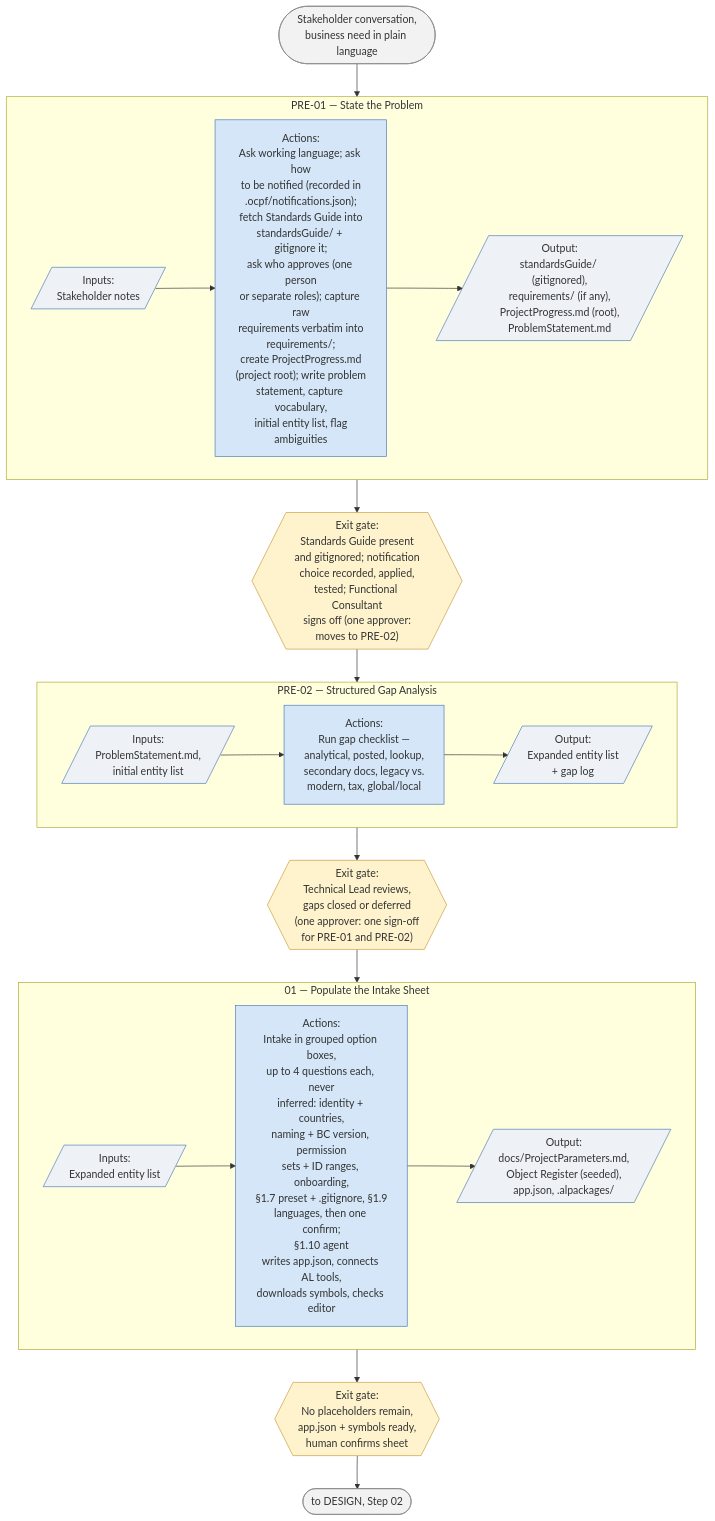
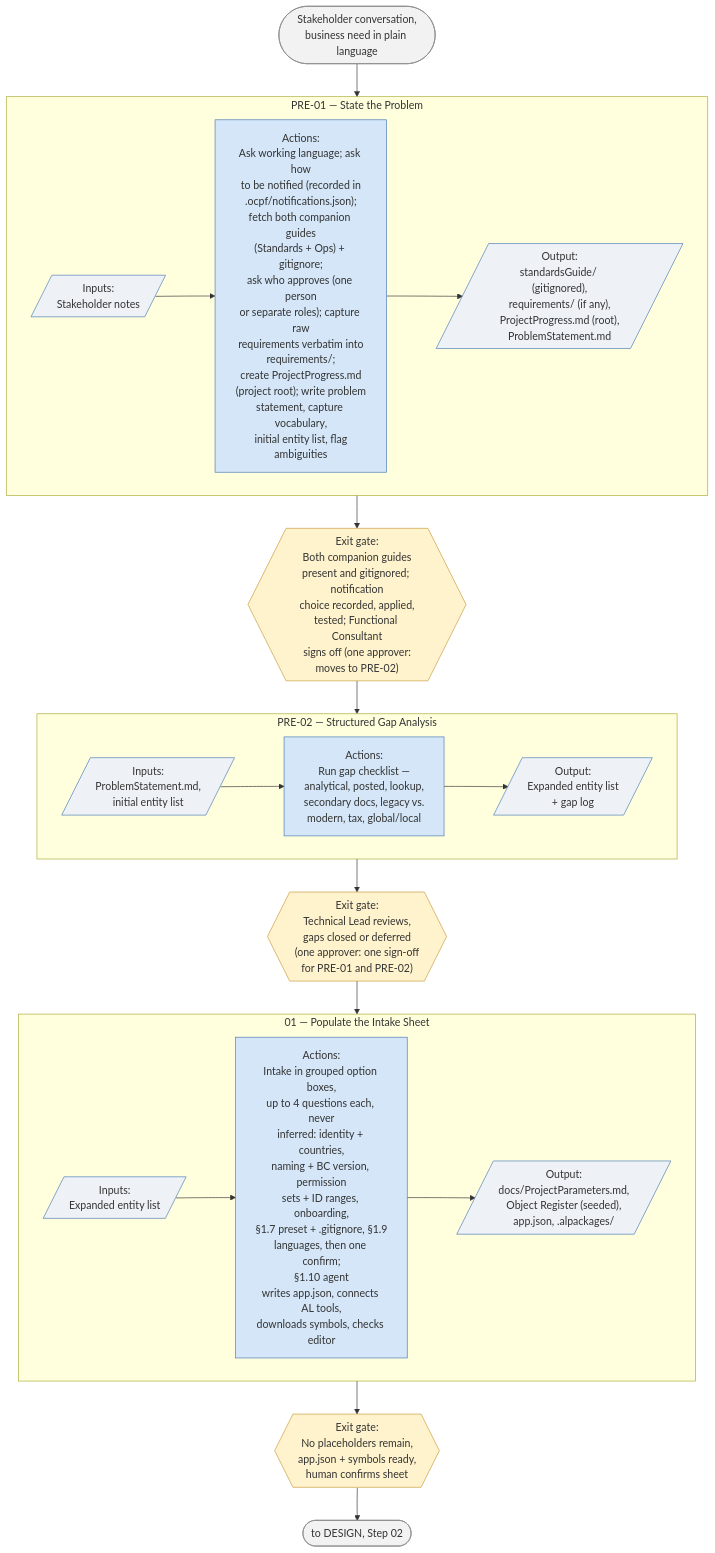
One commit to ajansari/ocpfBcAgenticDevFramework changed the third of 8 diagrams in fullVersion/RunbookSchematics.md. Above: the diagram before and after it, drawn with Mermaid. The commit also changed other lines of this file and 20 other files, not shown here.

First line of the commit message:
Runbooks v3.0.0.0 / Lite v2.0.0.0, Ops Guide v1.0.0.0, Standards v1.8.0.0, ocpf-bc 2.0.0

````diff
--- a/fullVersion/RunbookSchematics.md
+++ b/fullVersion/RunbookSchematics.md
@@ -126,35 +126,35 @@
 ```mermaid
 flowchart TD
     Start(["Stakeholder conversation,<br/>business need in plain language"]) --> PRE01
 
     subgraph PRE01["PRE-01 — State the Problem"]
         direction LR
-        In1[/"Inputs:<br/>Stakeholder notes"/] --> Act1["Actions:<br/>Ask working language; ask how<br/>to be notified (recorded in<br/>.ocpf/notifications.json);<br/>fetch Standards Guide into<br/>standardsGuide/ + gitignore it;<br/>ask who approves (one person<br/>or separate roles); capture raw<br/>requirements verbatim into<br/>requirements/;<br/>create ProjectProgress.md<br/>(project root); write problem<br/>statement, capture vocabulary,<br/>initial entity list, flag<br/>ambiguities"] --> Out1[/"Output:<br/>standardsGuide/ (gitignored),<br/>requirements/ (if any),<br/>ProjectProgress.md (root),<br/>ProblemStatement.md"/]
+        In1[/"Inputs:<br/>Stakeholder notes"/] --> Act1["Actions:<br/>Ask working language; ask how<br/>to be notified (recorded in<br/>.ocpf/notifications.json);<br/>fetch both companion guides<br/>(Standards + Ops) + gitignore;<br/>ask who approves (one person<br/>or separate roles); capture raw<br/>requirements verbatim into<br/>requirements/;<br/>create ProjectProgress.md<br/>(project root); write problem<br/>statement, capture vocabulary,<br/>initial entity list, flag<br/>ambiguities"] --> Out1[/"Output:<br/>standardsGuide/ (gitignored),<br/>requirements/ (if any),<br/>ProjectProgress.md (root),<br/>ProblemStatement.md"/]
     end
-    PRE01 --> Gate1{{"Exit gate:<br/>Standards Guide present<br/>and gitignored; notification<br/>choice recorded, applied,<br/>tested; Functional Consultant<br/>signs off (one approver:<br/>moves to PRE-02)"}}
+    PRE01 --> Gate1{{"Exit gate:<br/>Both companion guides<br/>present and gitignored; notification<br/>choice recorded, applied,<br/>tested; Functional Consultant<br/>signs off (one approver:<br/>moves to PRE-02)"}}
 
     Gate1 --> PRE02
     subgraph PRE02["PRE-02 — Structured Gap Analysis"]
         direction LR
         In2[/"Inputs:<br/>ProblemStatement.md,<br/>initial entity list"/] --> Act2["Actions:<br/>Run gap checklist —<br/>analytical, posted, lookup,<br/>secondary docs, legacy vs.<br/>modern, tax, global/local"] --> Out2[/"Output:<br/>Expanded entity list<br/>+ gap log"/]
     end
     PRE02 --> Gate2{{"Exit gate:<br/>Technical Lead reviews,<br/>gaps closed or deferred<br/>(one approver: one sign-off<br/>for PRE-01 and PRE-02)"}}
 
     Gate2 --> S01
     subgraph S01["01 — Populate the Intake Sheet"]
         direction LR
         In3[/"Inputs:<br/>Expanded entity list"/] --> Act3["Actions:<br/>Intake in grouped option boxes,<br/>up to 4 questions each, never<br/>inferred: identity + countries,<br/>naming + BC version, permission<br/>sets + ID ranges, onboarding,<br/>§1.7 preset + .gitignore, §1.9<br/>languages, then one confirm;<br/>§1.10 agent<br/>writes app.json, connects AL tools,<br/>downloads symbols, checks editor"] --> Out3[/"Output:<br/>docs/ProjectParameters.md,<br/>Object Register (seeded),<br/>app.json, .alpackages/"/]
     end
     S01 --> Gate3{{"Exit gate:<br/>No placeholders remain,<br/>app.json + symbols ready,<br/>human confirms sheet"}}
 
     Gate3 --> Next(["to DESIGN, Step 02"])
 
     classDef io fill:#eef2f7,stroke:#4a7ab5,stroke-width:1px;
     classDef act fill:#d4e6f7,stroke:#4a7ab5,stroke-width:1px;
     classDef gate fill:#fff3cd,stroke:#c99a3a,stroke-width:1px;
     classDef endpoint fill:#f2f2f2,stroke:#888,stroke-width:1px;
     class In1,Out1,In2,Out2,In3,Out3 io;
     class Act1,Act2,Act3 act;
     class Gate1,Gate2,Gate3 gate;
     class Start,Next endpoint;
 ```
````
